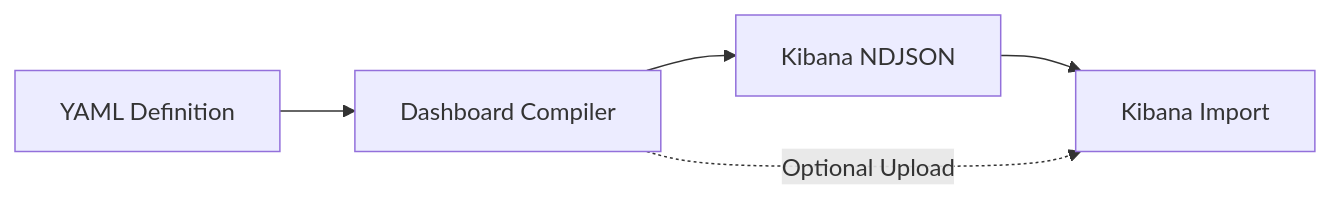
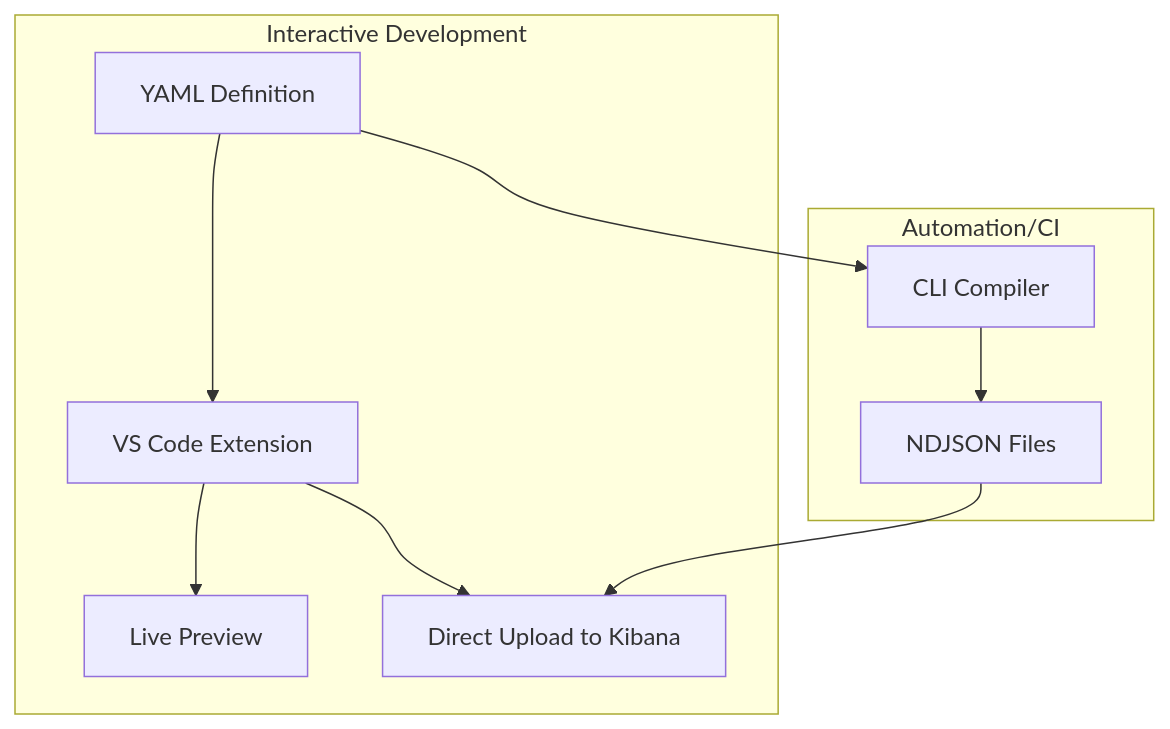
One commit to simianhacker/kb-yaml-to-lens changed the diagram in docs/index.md. Above: the diagram before and after it, drawn with Mermaid. The commit also changed other lines of this file and 4 other files, not shown here.

Commit message:
docs: Reorganize documentation to prioritize VS Code Extension (#787)

````diff
--- a/docs/index.md
+++ b/docs/index.md
@@ -11,7 +11,18 @@
 ```mermaid
-graph LR
-    YAML[YAML Definition] --> Compiler[Dashboard Compiler]
-    Compiler --> NDJSON[Kibana NDJSON]
-    NDJSON --> Kibana[Kibana Import]
-    Compiler -.->|Optional Upload| Kibana
+graph TB
+    YAML[YAML Definition]
+
+    subgraph "Interactive Development"
+        EXT[VS Code Extension]
+        YAML --> EXT
+        EXT --> PREVIEW[Live Preview]
+        EXT --> KIBANA[Direct Upload to Kibana]
+    end
+
+    subgraph "Automation/CI"
+        CLI[CLI Compiler]
+        YAML --> CLI
+        CLI --> NDJSON[NDJSON Files]
+        NDJSON --> KIBANA
+    end
 ```
````
